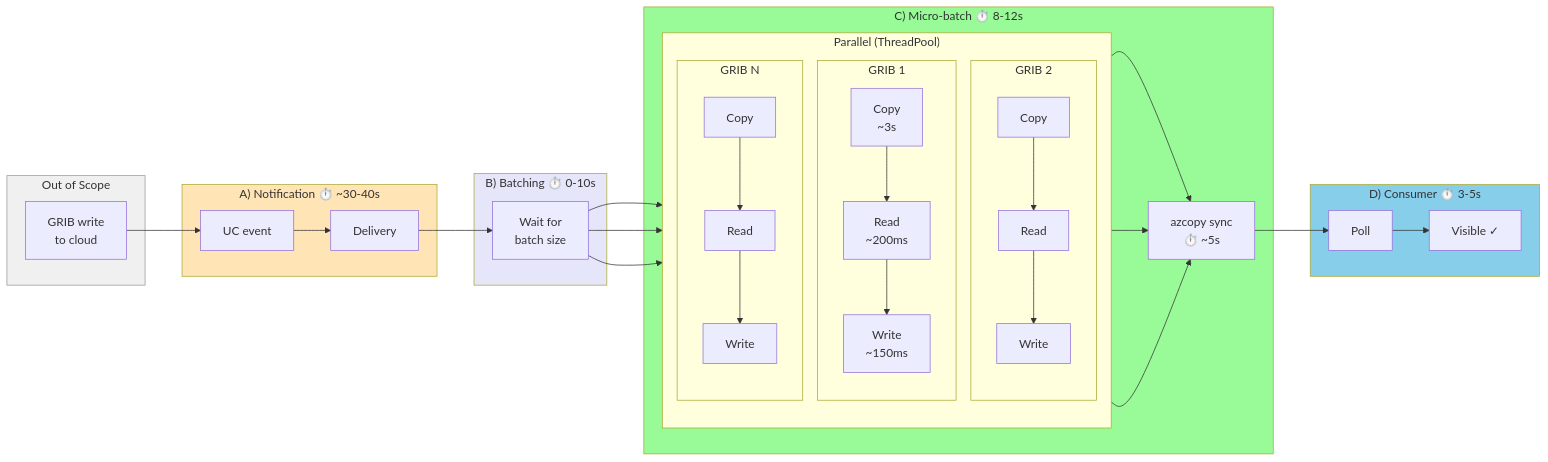
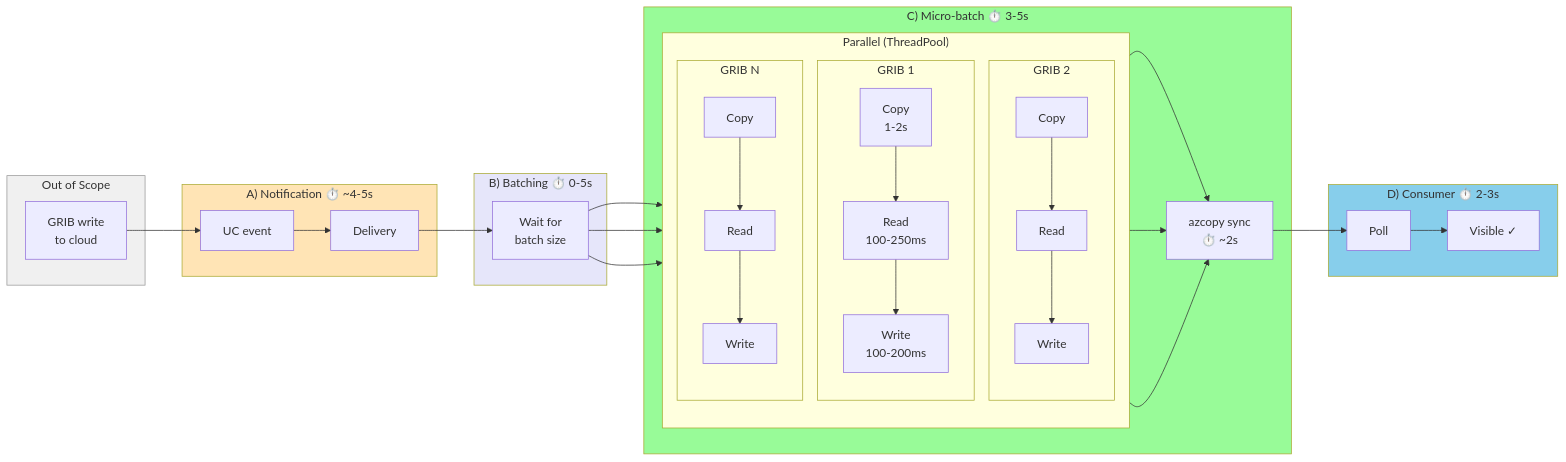
Before and after one commit to sllynn/xarray-netcdf-benchmarking: the diagram in docs/streaming-latency.md, drawn with Mermaid. The commit also changed 1 other file, not shown here.

Commit message:
updated benchmark results with "legacy mode" outputs in westeurope

````diff
--- a/docs/streaming-latency.md
+++ b/docs/streaming-latency.md
@@ -1,47 +1,47 @@
 ```mermaid
 %%{init: {'theme': 'default'}}%%
 flowchart LR
     subgraph OS["Out of Scope"]
         style OS fill:#f0f0f0,stroke:#999
         INIT["GRIB write<br/>to cloud"]
     end
 
-    subgraph A["A) Notification ⏱️ ~30-40s"]
+    subgraph A["A) Notification ⏱️ ~4-5s"]
         style A fill:#FFE4B5
         A1["UC event"] --> A2["Delivery"]
     end
 
-    subgraph B["B) Batching ⏱️ 0-10s"]
+    subgraph B["B) Batching ⏱️ 0-5s"]
         style B fill:#E6E6FA
         B1["Wait for<br/>batch size"]
     end
 
-    subgraph C["C) Micro-batch ⏱️ 8-12s"]
+    subgraph C["C) Micro-batch ⏱️ 3-5s"]
         style C fill:#98FB98
         subgraph C2["Parallel (ThreadPool)"]
             direction TB
             subgraph GRIB1["GRIB 1"]
-                C1a["Copy<br/>~3s"] --> C2a["Read<br/>~200ms"] --> C3a["Write<br/>~150ms"]
+                C1a["Copy<br/>1-2s"] --> C2a["Read<br/>100-250ms"] --> C3a["Write<br/>100-200ms"]
             end
             subgraph GRIB2["GRIB 2"]
                 C1b["Copy"] --> C2b["Read"] --> C3b["Write"]
             end
             subgraph GRIB3["GRIB N"]
                 C1c["Copy"] --> C2c["Read"] --> C3c["Write"]
             end
            
         end
         
-        C3a & C3b & C3c --> C4["azcopy sync<br/>⏱️ ~5s"]
+        C3a & C3b & C3c --> C4["azcopy sync<br/>⏱️ ~2s"]
     end
 
-    subgraph D["D) Consumer ⏱️ 3-5s"]
+    subgraph D["D) Consumer ⏱️ 2-3s"]
         style D fill:#87CEEB
         D1["Poll"] --> D2["Visible ✓"]
     end
 
     INIT --> A1
     A2 --> B1
     B1 --> C1a & C1b & C1c
     C4 --> D1
 ```
````
